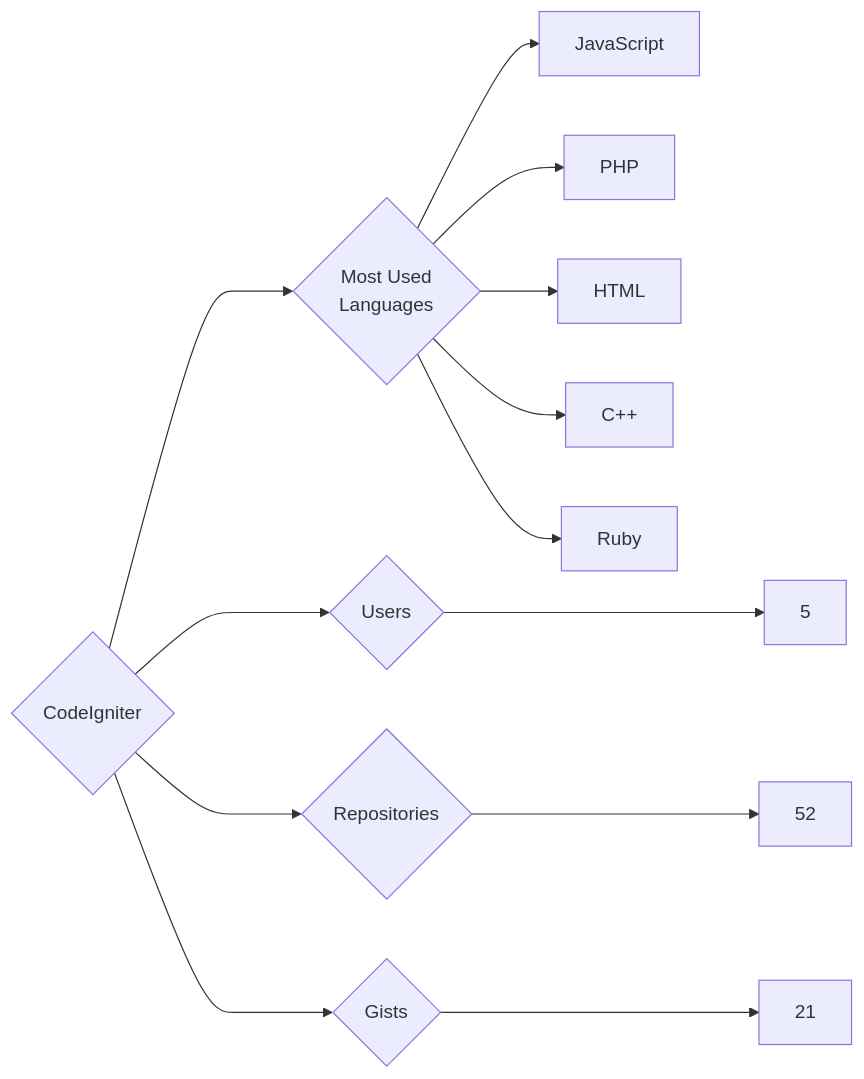
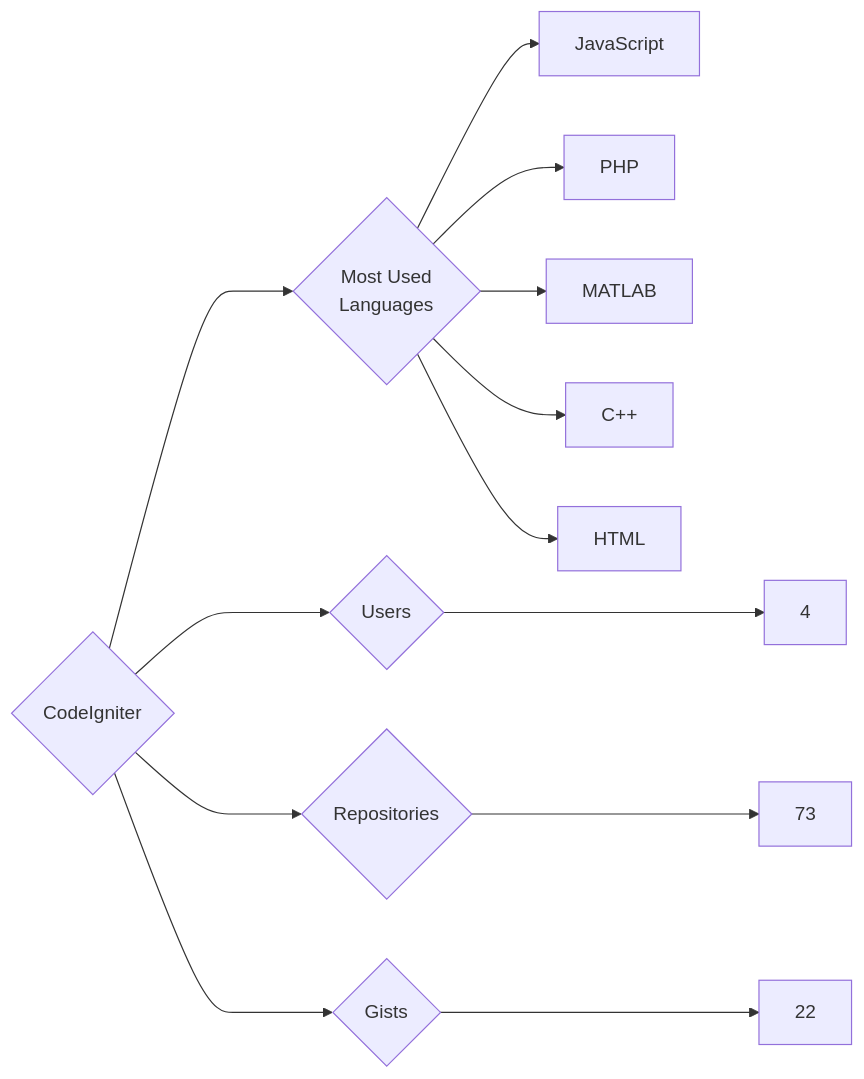
Before and after one commit to trickest/insiders: the diagram in targets/CodeIgniter/README.md, drawn with Mermaid. The commit also changed 736 other files, not shown here.

````diff
--- a/targets/CodeIgniter/README.md
+++ b/targets/CodeIgniter/README.md
@@ -3,13 +3,13 @@
 ```mermaid
 graph LR
 COMPANY_NAME{CodeIgniter}
-COMPANY_NAME ---> U{Users} ---> UN[5]
-COMPANY_NAME ---> R{Repositories} ---> RN[52]
-COMPANY_NAME ---> G{Gists} ---> GN[21]
+COMPANY_NAME ---> U{Users} ---> UN[4]
+COMPANY_NAME ---> R{Repositories} ---> RN[73]
+COMPANY_NAME ---> G{Gists} ---> GN[22]
 COMPANY_NAME ---> ML{Most Used<br>Languages}
 ML --> JavaScript[JavaScript]
 ML --> PHP[PHP]
+ML --> MATLAB[MATLAB]
+ML --> C++[C++]
 ML --> HTML[HTML]
-ML --> C++[C++]
-ML --> Ruby[Ruby]
 ```
````
